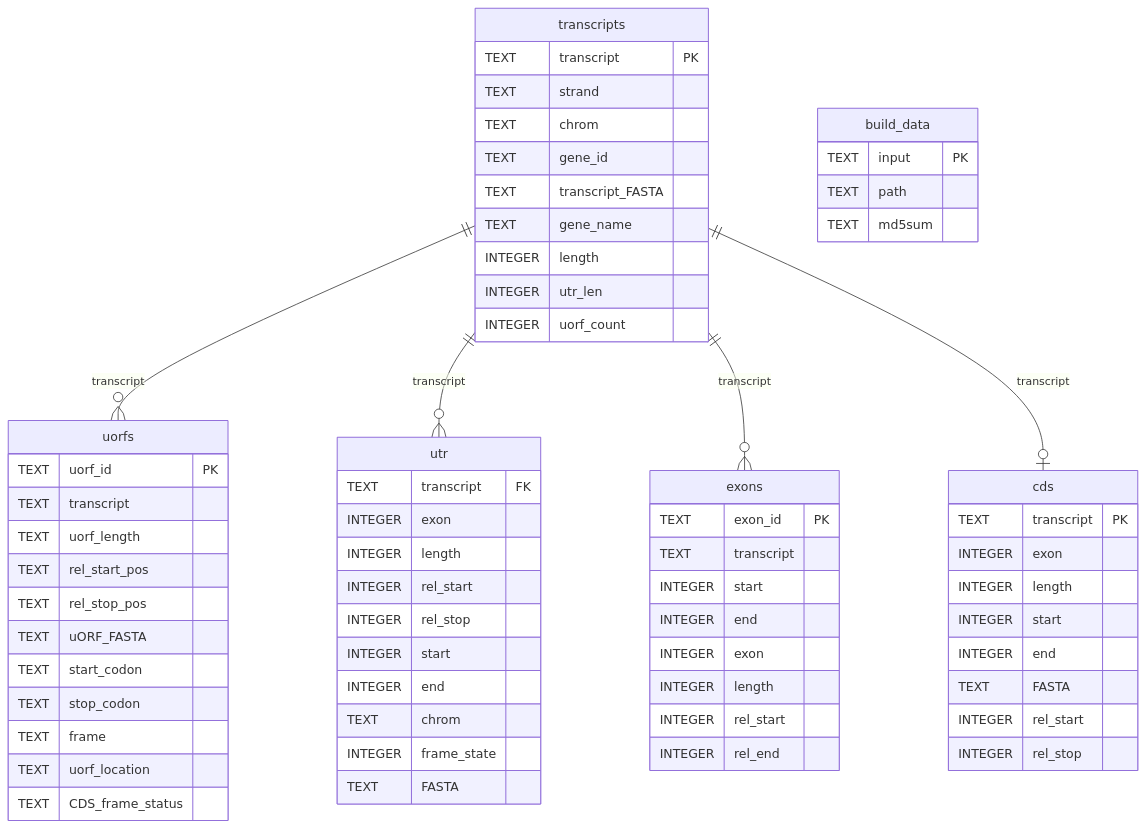
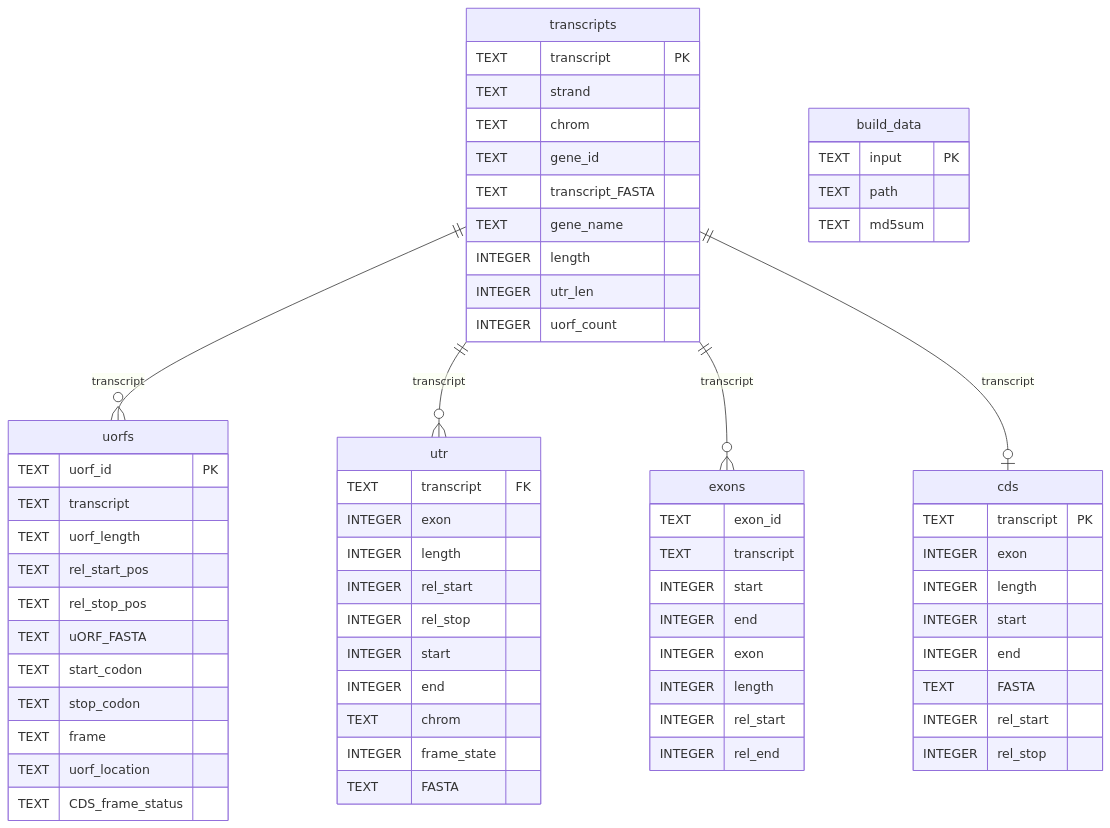
Before and after one commit to bbowles1/SURFA: the diagram in docs/schema.md, drawn with Mermaid. The commit also changed 1 other file, not shown here.

````diff
--- a/docs/schema.md
+++ b/docs/schema.md
@@ -12,69 +12,69 @@
 ```mermaid
 erDiagram
   transcripts ||--o{ uorfs : "transcript"
   transcripts ||--o{ utr : "transcript"
   transcripts ||--o{ exons : "transcript"
   transcripts ||--o| cds : "transcript"
 
   build_data {
     TEXT input PK
     TEXT path
     TEXT md5sum
   }
   transcripts {
     TEXT transcript PK
     TEXT strand
     TEXT chrom
     TEXT gene_id
     TEXT transcript_FASTA
     TEXT gene_name
     INTEGER length
     INTEGER utr_len
     INTEGER uorf_count
   }
   uorfs {
     TEXT uorf_id PK
     TEXT transcript
     TEXT uorf_length
     TEXT rel_start_pos
     TEXT rel_stop_pos
     TEXT uORF_FASTA
     TEXT start_codon
     TEXT stop_codon
     TEXT frame
     TEXT uorf_location
     TEXT CDS_frame_status
   }
   utr {
     TEXT transcript FK
     INTEGER exon
     INTEGER length
     INTEGER rel_start
     INTEGER rel_stop
     INTEGER start
     INTEGER end
     TEXT chrom
     INTEGER frame_state
     TEXT FASTA
   }
   exons {
-    TEXT exon_id PK
+    TEXT exon_id
     TEXT transcript
     INTEGER start
     INTEGER end
     INTEGER exon
     INTEGER length
     INTEGER rel_start
     INTEGER rel_end
   }
   cds {
     TEXT transcript PK
     INTEGER exon
     INTEGER length
     INTEGER start
     INTEGER end
     TEXT FASTA
     INTEGER rel_start
     INTEGER rel_stop
   }
 ```
````
